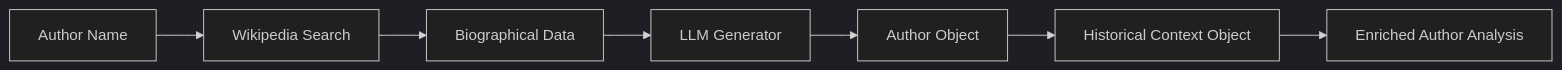
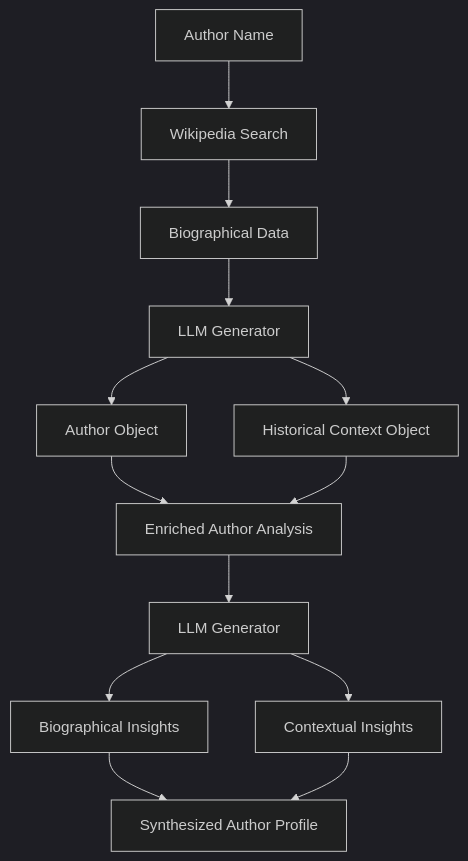
Before and after one commit to furlat/Abstractions: the eighth of 15 diagrams in abstractions/angels/angels.md, drawn with Mermaid (dark theme). The commit also changed other lines of this file, not shown here.

````diff
--- a/abstractions/angels/angels.md
+++ b/abstractions/angels/angels.md
@@ -256,9 +256,15 @@
 ```mermaid
-graph LR
+graph TD
     A[Author Name] --> B[Wikipedia Search]
     B --> C[Biographical Data]
     C --> D[LLM Generator]
     D --> E[Author Object]
-    E --> F[Historical Context Object]
-    F --> G[Enriched Author Analysis]
+    D --> F[Historical Context Object]
+    E --> G[Enriched Author Analysis]
+    F --> G
+    G --> H[LLM Generator]
+    H --> I[Biographical Insights]
+    H --> J[Contextual Insights]
+    I --> K[Synthesized Author Profile]
+    J --> K
 ```
````
